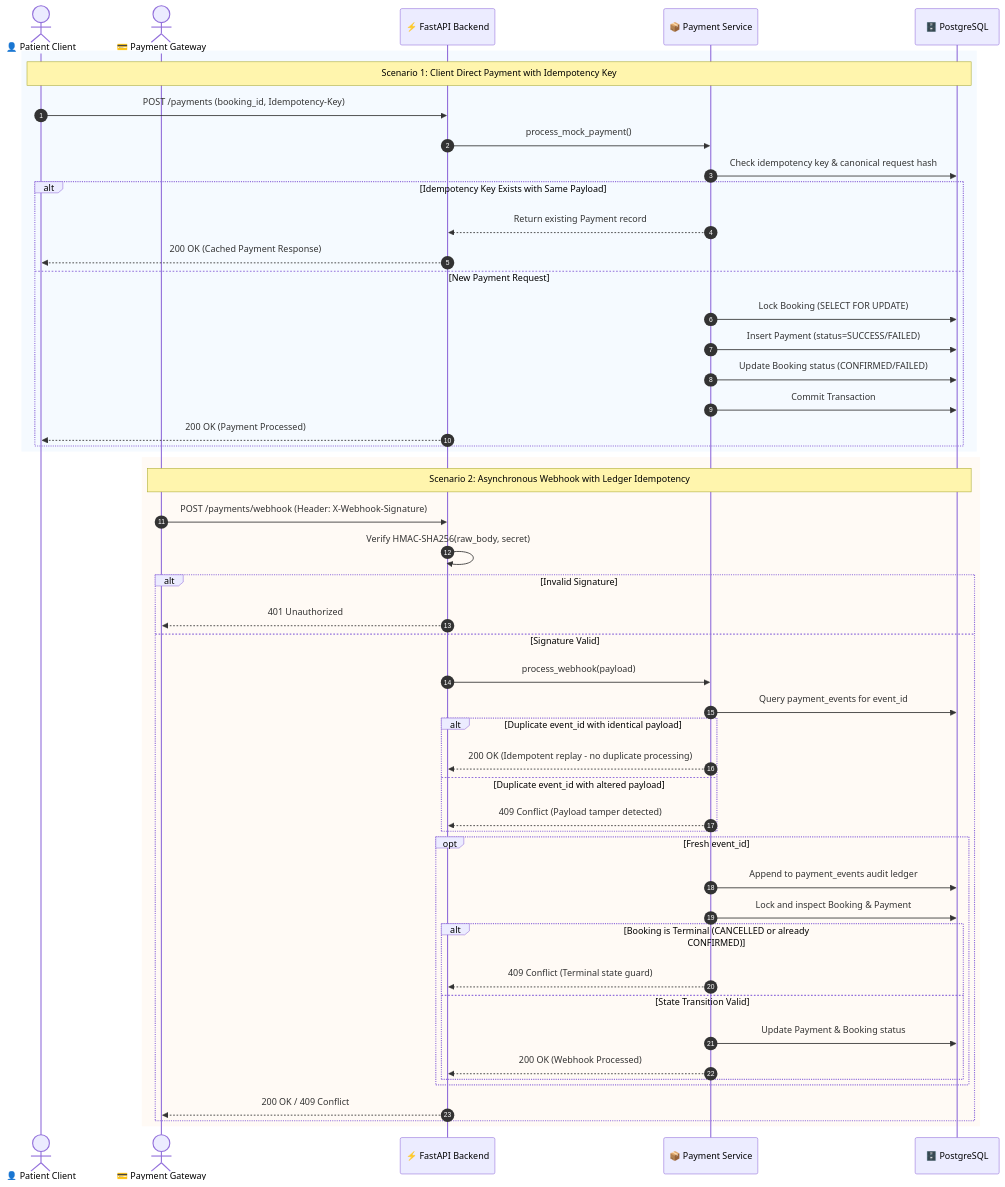
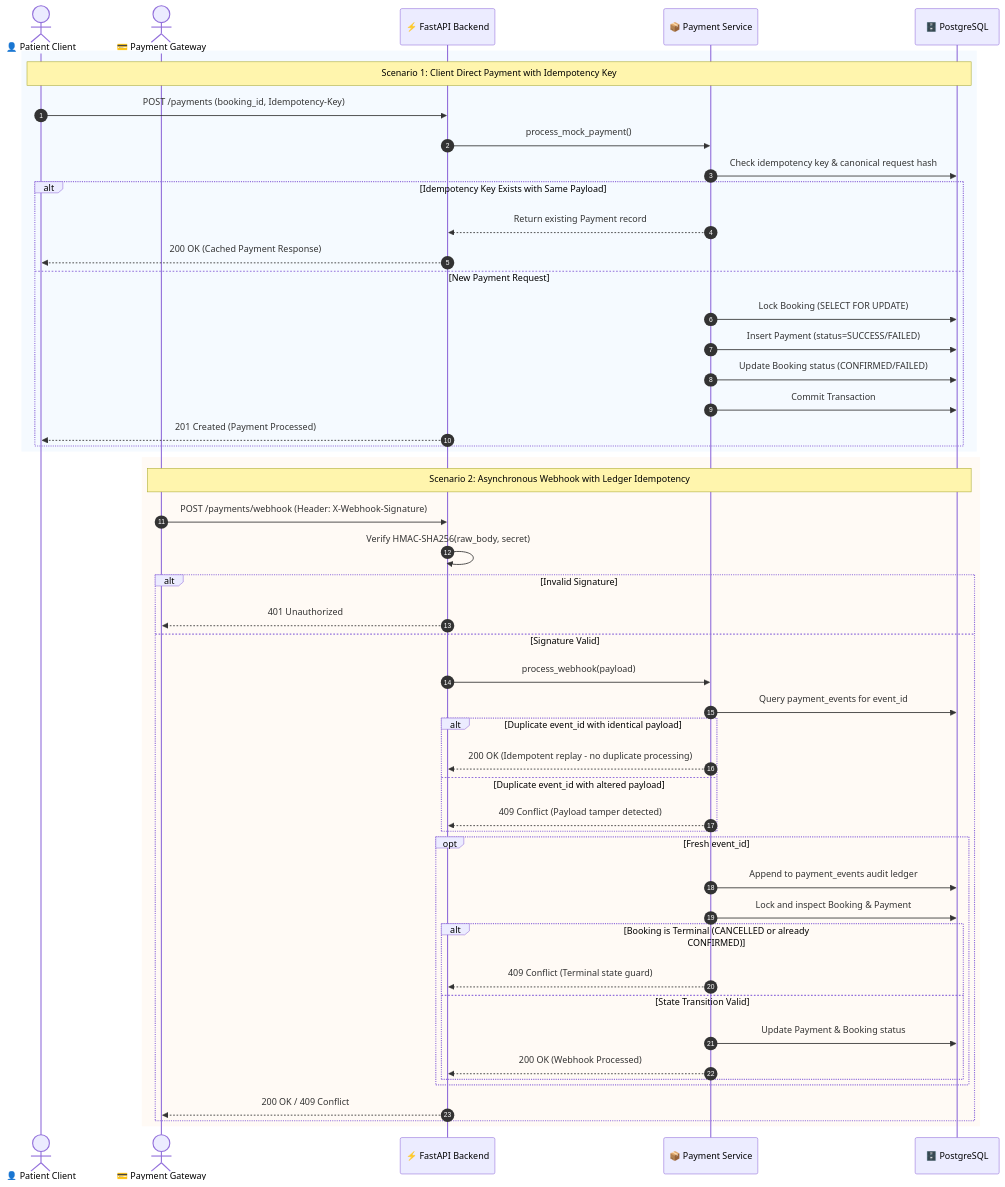
Before and after one commit to Bhaumik-99/EVE-ASSIGNMENT: the fourth of 4 diagrams in README.md, drawn with Mermaid. The commit also changed other lines of this file and 5 other files, not shown here.

````diff
--- a/README.md
+++ b/README.md
@@ -621,54 +623,54 @@
 ```mermaid
 sequenceDiagram
     autonumber
     actor Patient as 👤 Patient Client
     actor Gateway as 💳 Payment Gateway
     participant API as ⚡ FastAPI Backend
     participant PS as 📦 Payment Service
     participant DB as 🗄️ PostgreSQL
 
     rect rgb(245, 250, 255)
     Note over Patient,DB: Scenario 1: Client Direct Payment with Idempotency Key
     Patient->>API: POST /payments (booking_id, Idempotency-Key)
     API->>PS: process_mock_payment()
     PS->>DB: Check idempotency key & canonical request hash
     alt Idempotency Key Exists with Same Payload
         PS-->>API: Return existing Payment record
         API-->>Patient: 200 OK (Cached Payment Response)
     else New Payment Request
         PS->>DB: Lock Booking (SELECT FOR UPDATE)
         PS->>DB: Insert Payment (status=SUCCESS/FAILED)
         PS->>DB: Update Booking status (CONFIRMED/FAILED)
         PS->>DB: Commit Transaction
-        API-->>Patient: 200 OK (Payment Processed)
+        API-->>Patient: 201 Created (Payment Processed)
     end
     end
 
     rect rgb(255, 250, 245)
     Note over Gateway,DB: Scenario 2: Asynchronous Webhook with Ledger Idempotency
     Gateway->>API: POST /payments/webhook (Header: X-Webhook-Signature)
     API->>API: Verify HMAC-SHA256(raw_body, secret)
     alt Invalid Signature
         API-->>Gateway: 401 Unauthorized
     else Signature Valid
         API->>PS: process_webhook(payload)
         PS->>DB: Query payment_events for event_id
         alt Duplicate event_id with identical payload
             PS-->>API: 200 OK (Idempotent replay - no duplicate processing)
         else Duplicate event_id with altered payload
             PS-->>API: 409 Conflict (Payload tamper detected)
         end
         opt Fresh event_id
             PS->>DB: Append to payment_events audit ledger
             PS->>DB: Lock and inspect Booking & Payment
             alt Booking is Terminal (CANCELLED or already CONFIRMED)
                 PS-->>API: 409 Conflict (Terminal state guard)
             else State Transition Valid
                 PS->>DB: Update Payment & Booking status
                 PS-->>API: 200 OK (Webhook Processed)
             end
         end
         API-->>Gateway: 200 OK / 409 Conflict
     end
     end
 ```
````
